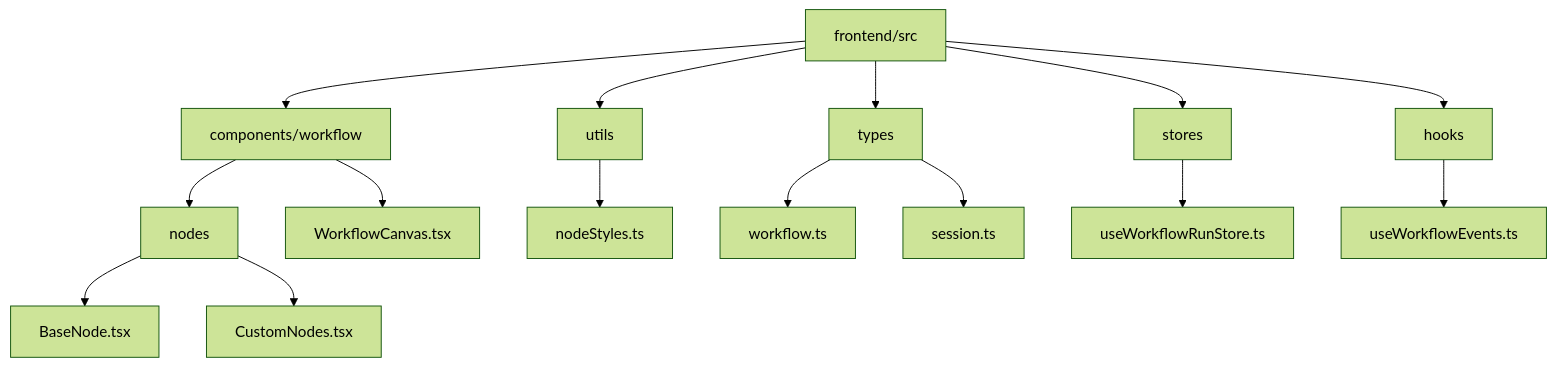
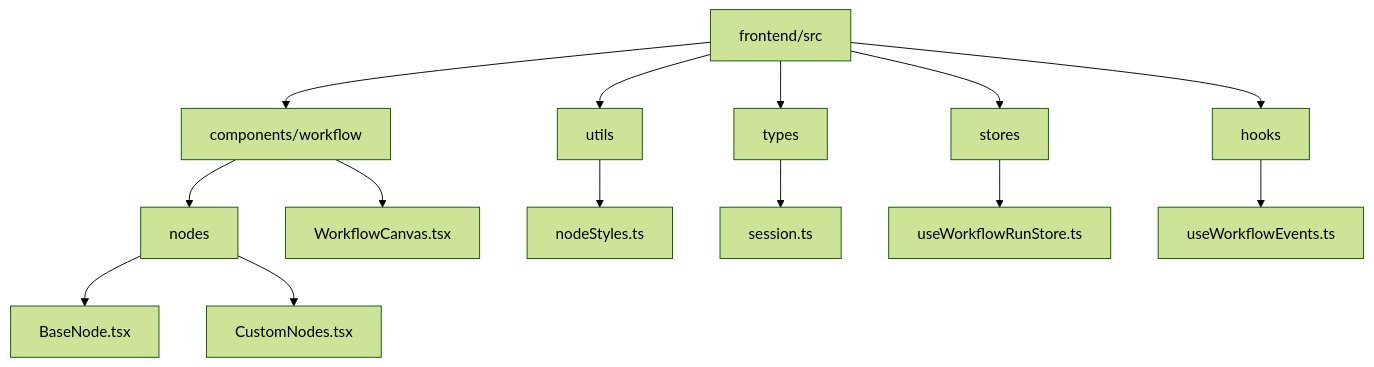
The first of 8 diagrams in .qoder/repowiki/zh/content/UI组件库/工作流节点组件/基础节点组件.md (hrygo/council), drawn with Mermaid (forest theme) before and after one commit. The commit also changed other lines of this file and 19 other files, not shown here.

````diff
--- a/.qoder/repowiki/zh/content/UI组件库/工作流节点组件/基础节点组件.md
+++ b/.qoder/repowiki/zh/content/UI组件库/工作流节点组件/基础节点组件.md
@@ -34,17 +38,16 @@
 ```mermaid
 graph TD
 A[frontend/src] --> B[components/workflow]
 B --> C[nodes]
 C --> D[BaseNode.tsx]
 C --> E[CustomNodes.tsx]
 B --> F[WorkflowCanvas.tsx]
 A --> G[utils]
 G --> H[nodeStyles.ts]
 A --> I[types]
-I --> J[workflow.ts]
-I --> K[session.ts]
+I --> J[session.ts]
 A --> L[stores]
 L --> M[useWorkflowRunStore.ts]
 A --> N[hooks]
 N --> O[useWorkflowEvents.ts]
 ```
````
